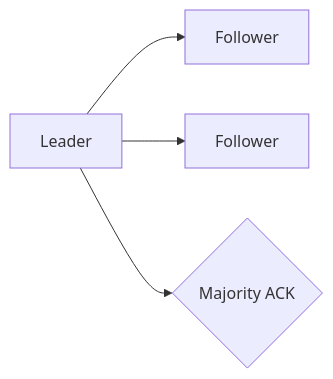
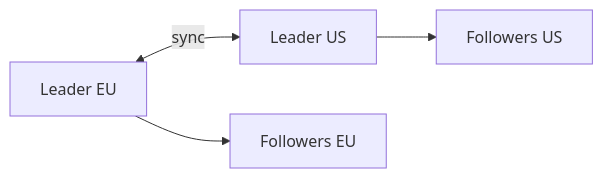
One commit to hareramcse/SystemDesign changed diagram 14 of 29 in 05-distributed-databases/README.md. Above: the diagram before and after it, drawn with Mermaid. The commit also changed other lines of this file and 15 other files, not shown here.

````diff
--- a/05-distributed-databases/README.md
+++ b/05-distributed-databases/README.md
@@ -316,6 +705,6 @@
 ```mermaid
 flowchart LR
-    Leader --> F1[Follower]
-    Leader --> F2[Follower]
-    Leader --> Quorum{Majority ACK}
+    L1[Leader EU] <-->|sync| L2[Leader US]
+    L1 --> F1[Followers EU]
+    L2 --> F2[Followers US]
 ```
````
